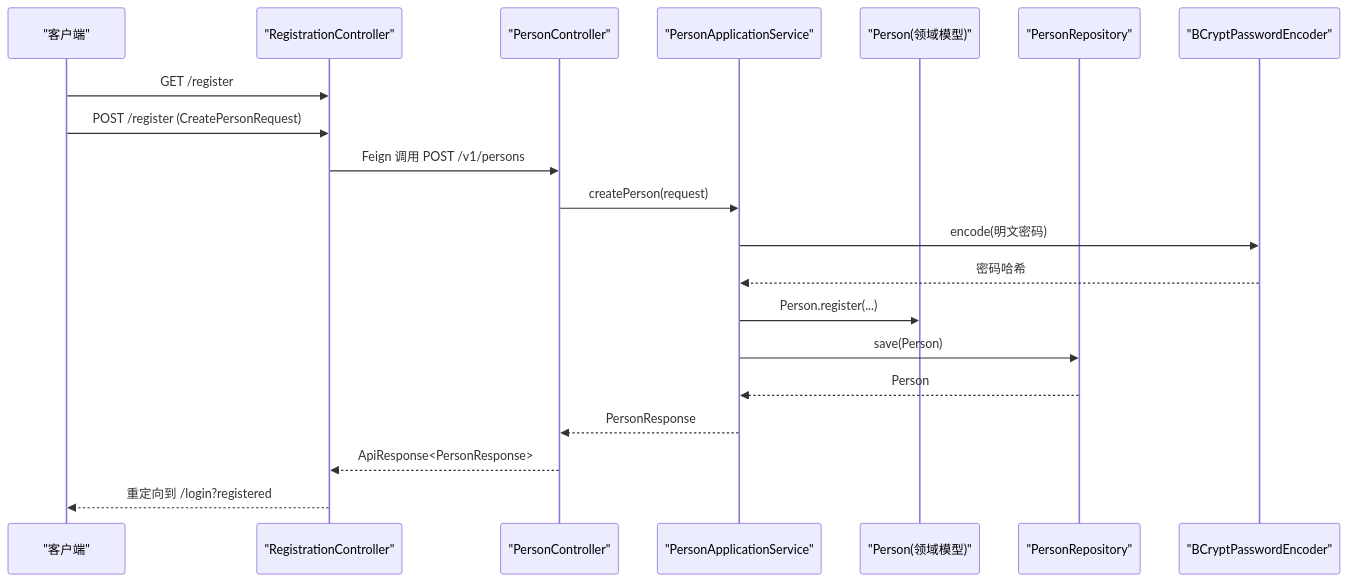
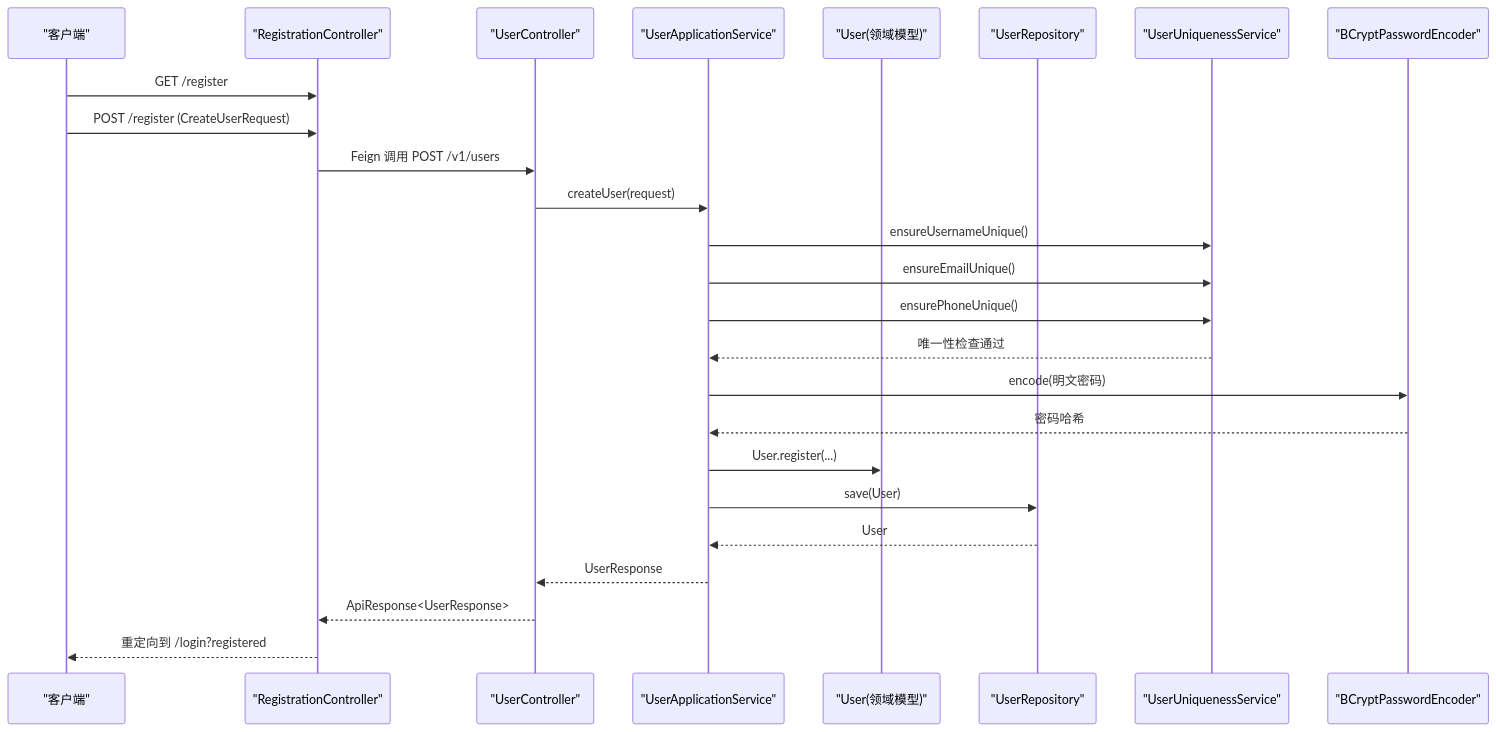
Before and after one commit to fq0121104930716/iam-platform: the second of 7 diagrams in .qoder/repowiki/zh/content/项目概述/核心功能/用户管理功能.md, drawn with Mermaid. The commit also changed other lines of this file and 75 other files, not shown here.

````diff
--- a/.qoder/repowiki/zh/content/项目概述/核心功能/用户管理功能.md
+++ b/.qoder/repowiki/zh/content/项目概述/核心功能/用户管理功能.md
@@ -134,22 +140,27 @@
 ```mermaid
 sequenceDiagram
 participant C as "客户端"
 participant RC as "RegistrationController"
-participant AC as "PersonController"
-participant AS as "PersonApplicationService"
-participant PM as "Person(领域模型)"
-participant PR as "PersonRepository"
+participant UC as "UserController"
+participant US as "UserApplicationService"
+participant UM as "User(领域模型)"
+participant UR as "UserRepository"
+participant UA as "UserUniquenessService"
 participant SEC as "BCryptPasswordEncoder"
 C->>RC : GET /register
-C->>RC : POST /register (CreatePersonRequest)
-RC->>AC : Feign 调用 POST /v1/persons
-AC->>AS : createPerson(request)
-AS->>SEC : encode(明文密码)
-SEC-->>AS : 密码哈希
-AS->>PM : Person.register(...)
-AS->>PR : save(Person)
-PR-->>AS : Person
-AS-->>AC : PersonResponse
-AC-->>RC : ApiResponse<PersonResponse>
+C->>RC : POST /register (CreateUserRequest)
+RC->>UC : Feign 调用 POST /v1/users
+UC->>US : createUser(request)
+US->>UA : ensureUsernameUnique()
+US->>UA : ensureEmailUnique()
+US->>UA : ensurePhoneUnique()
+UA-->>US : 唯一性检查通过
+US->>SEC : encode(明文密码)
+SEC-->>US : 密码哈希
+US->>UM : User.register(...)
+US->>UR : save(User)
+UR-->>US : User
+US-->>UC : UserResponse
+UC-->>RC : ApiResponse<UserResponse>
 RC-->>C : 重定向到 /login?registered
 ```
````
